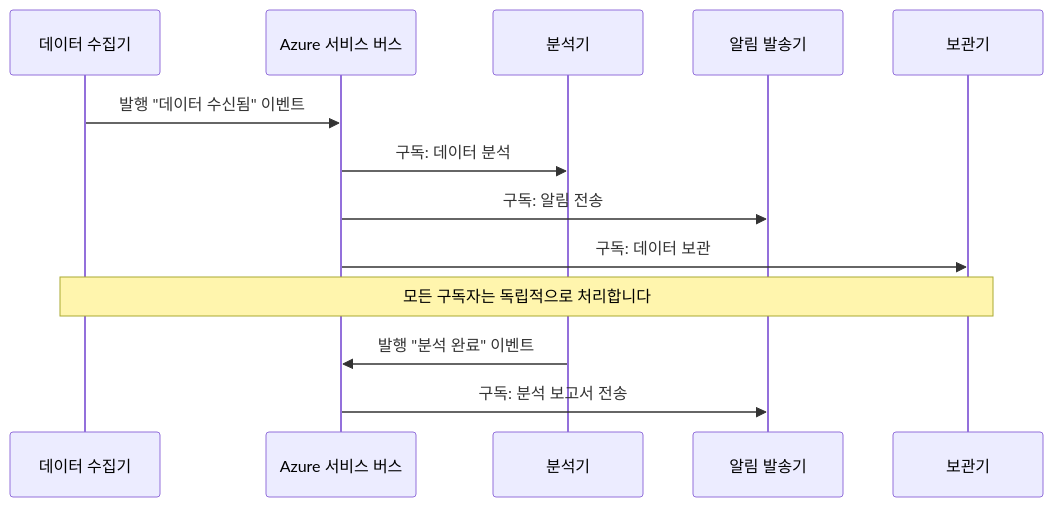
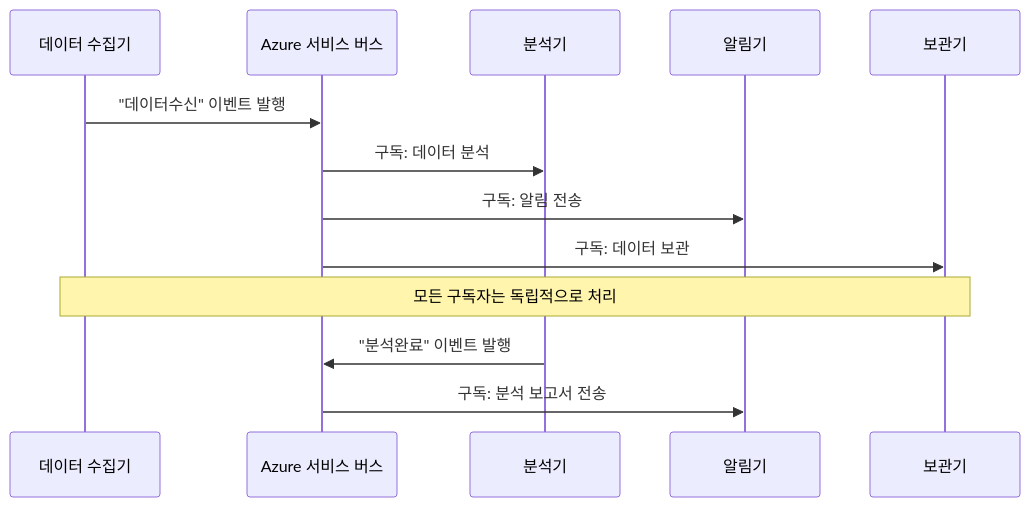
Before and after one commit to microsoft/AZD-for-beginners: the fourth of 6 diagrams in translations/ko/docs/chapter-06-pre-deployment/coordination-patterns.md, drawn with Mermaid. The commit also changed other lines of this file and 101 other files, not shown here.

````diff
--- a/translations/ko/docs/chapter-06-pre-deployment/coordination-patterns.md
+++ b/translations/ko/docs/chapter-06-pre-deployment/coordination-patterns.md
@@ -191,18 +185,18 @@
 ```mermaid
 sequenceDiagram
     participant Agent1 as 데이터 수집기
     participant EventBus as Azure 서비스 버스
     participant Agent2 as 분석기
-    participant Agent3 as 알림 발송기
+    participant Agent3 as 알림기
     participant Agent4 as 보관기
     
-    Agent1->>EventBus: 발행 "데이터 수신됨" 이벤트
+    Agent1->>EventBus: "데이터수신" 이벤트 발행
     EventBus->>Agent2: 구독: 데이터 분석
     EventBus->>Agent3: 구독: 알림 전송
     EventBus->>Agent4: 구독: 데이터 보관
     
-    Note over Agent1,Agent4: 모든 구독자는 독립적으로 처리합니다
+    Note over Agent1,Agent4: 모든 구독자는 독립적으로 처리
     
-    Agent2->>EventBus: 발행 "분석 완료" 이벤트
+    Agent2->>EventBus: "분석완료" 이벤트 발행
     EventBus->>Agent3: 구독: 분석 보고서 전송
 ```
````
